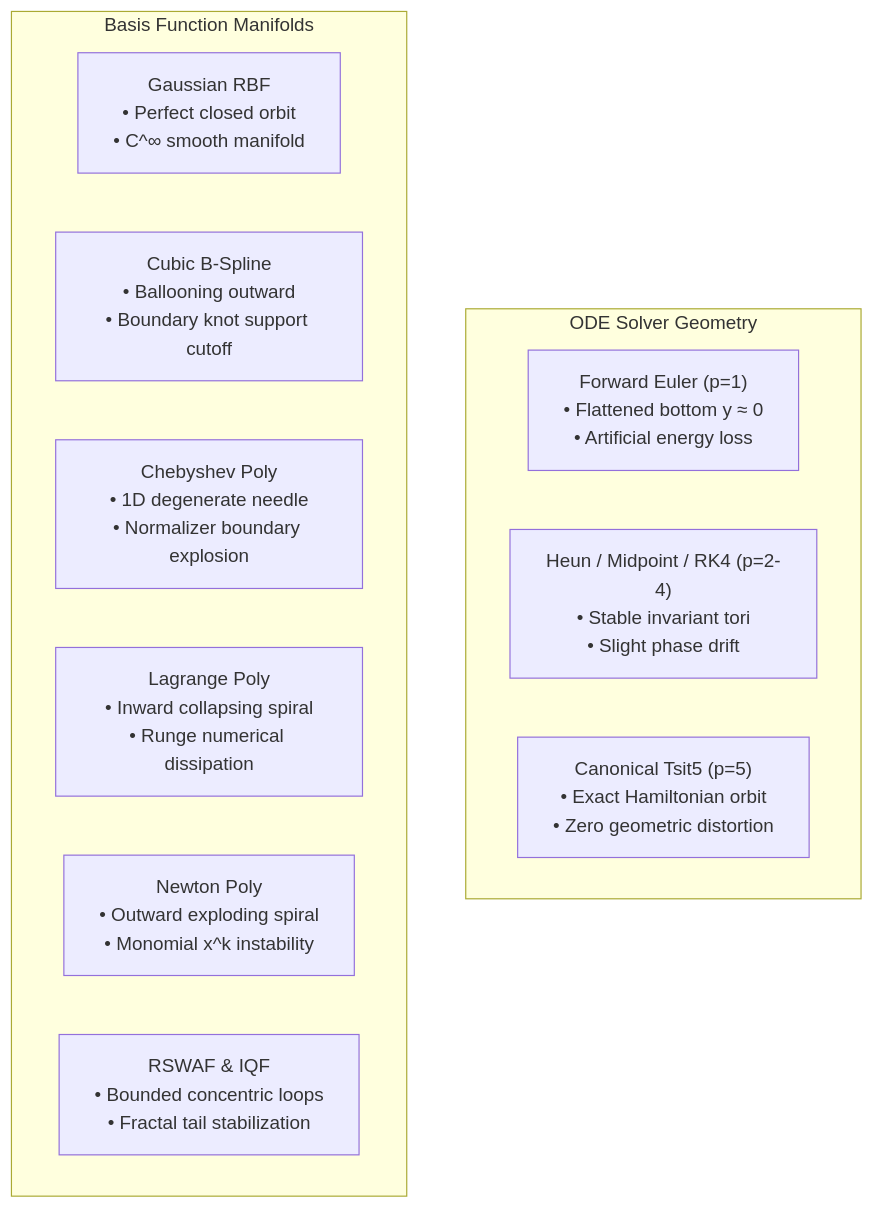
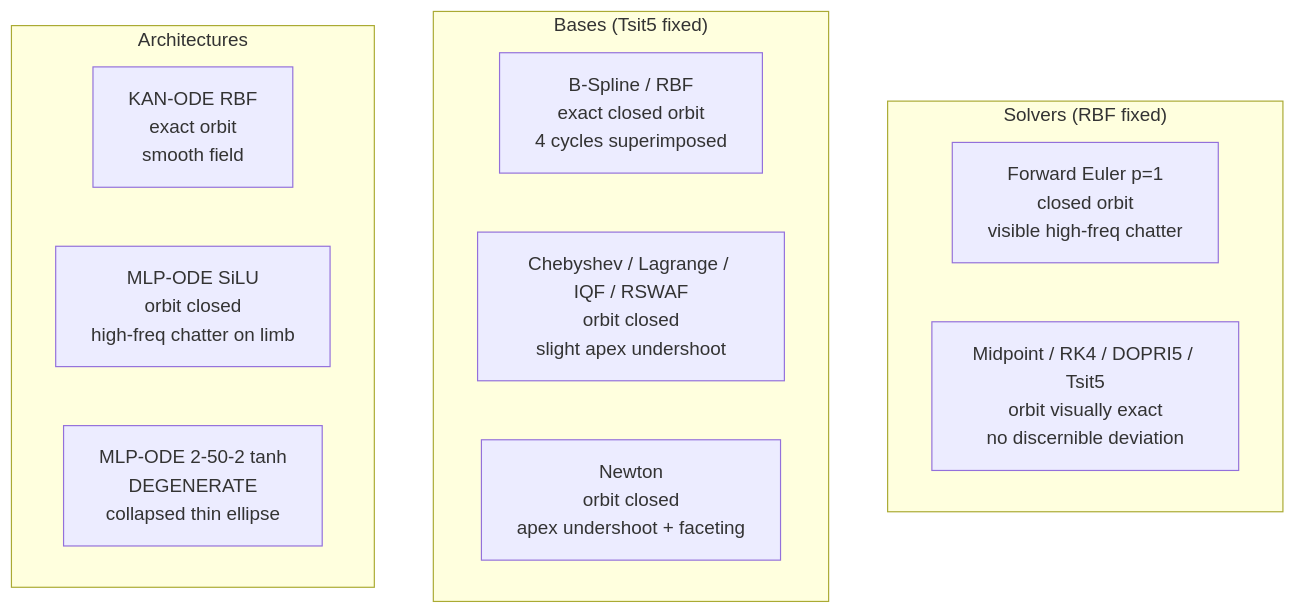
One commit to NawrizTurjo/kinetic-kan changed the diagram in docs/05_phase2_benchmark_analysis.md. Above: the diagram before and after it, drawn with Mermaid. The commit also changed other lines of this file and 29 other files, not shown here.

````diff
--- a/docs/05_phase2_benchmark_analysis.md
+++ b/docs/05_phase2_benchmark_analysis.md
@@ -75,17 +381,17 @@
 ```mermaid
 graph TD
-    subgraph Solvers [ODE Solver Geometry]
-        Euler["Forward Euler (p=1)<br>• Flattened bottom y ≈ 0<br>• Artificial energy loss"]
-        HeunMid["Heun / Midpoint / RK4 (p=2-4)<br>• Stable invariant tori<br>• Slight phase drift"]
-        Tsit5["Canonical Tsit5 (p=5)<br>• Exact Hamiltonian orbit<br>• Zero geometric distortion"]
+    subgraph S ["Solvers (RBF fixed)"]
+        E["Forward Euler p=1<br>closed orbit<br>visible high-freq chatter"]
+        M["Midpoint / RK4 / DOPRI5 / Tsit5<br>orbit visually exact<br>no discernible deviation"]
     end
-
-    subgraph Bases [Basis Function Manifolds]
-        RBF["Gaussian RBF<br>• Perfect closed orbit<br>• C^∞ smooth manifold"]
-        BSpline["Cubic B-Spline<br>• Ballooning outward<br>• Boundary knot support cutoff"]
-        Chebyshev["Chebyshev Poly<br>• 1D degenerate needle<br>• Normalizer boundary explosion"]
-        Lagrange["Lagrange Poly<br>• Inward collapsing spiral<br>• Runge numerical dissipation"]
-        Newton["Newton Poly<br>• Outward exploding spiral<br>• Monomial x^k instability"]
-        RSWAF_IQF["RSWAF & IQF<br>• Bounded concentric loops<br>• Fractal tail stabilization"]
+    subgraph B ["Bases (Tsit5 fixed)"]
+        BS["B-Spline / RBF<br>exact closed orbit<br>4 cycles superimposed"]
+        CL["Chebyshev / Lagrange / IQF / RSWAF<br>orbit closed<br>slight apex undershoot"]
+        NW["Newton<br>orbit closed<br>apex undershoot + faceting"]
+    end
+    subgraph A ["Architectures"]
+        K["KAN-ODE RBF<br>exact orbit<br>smooth field"]
+        MS["MLP-ODE SiLU<br>orbit closed<br>high-freq chatter on limb"]
+        P["MLP-ODE 2-50-2 tanh<br>DEGENERATE<br>collapsed thin ellipse"]
     end
 ```
````
